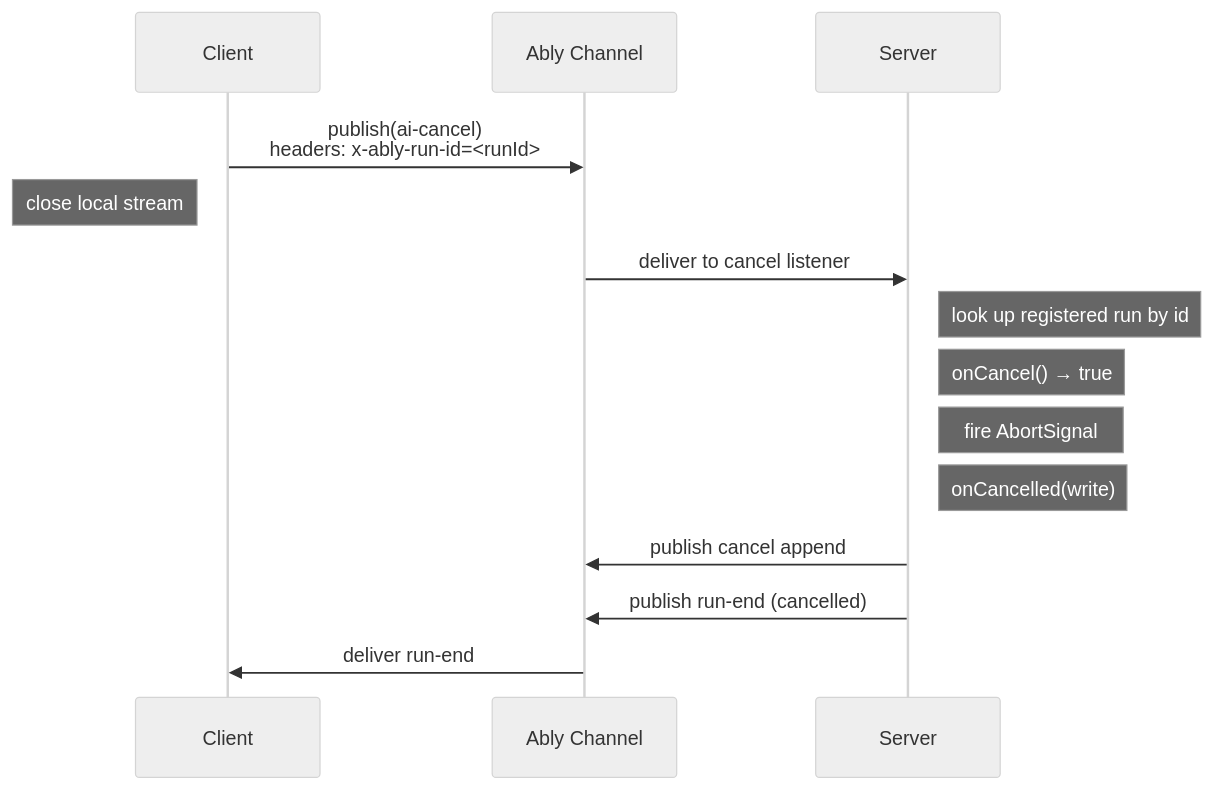
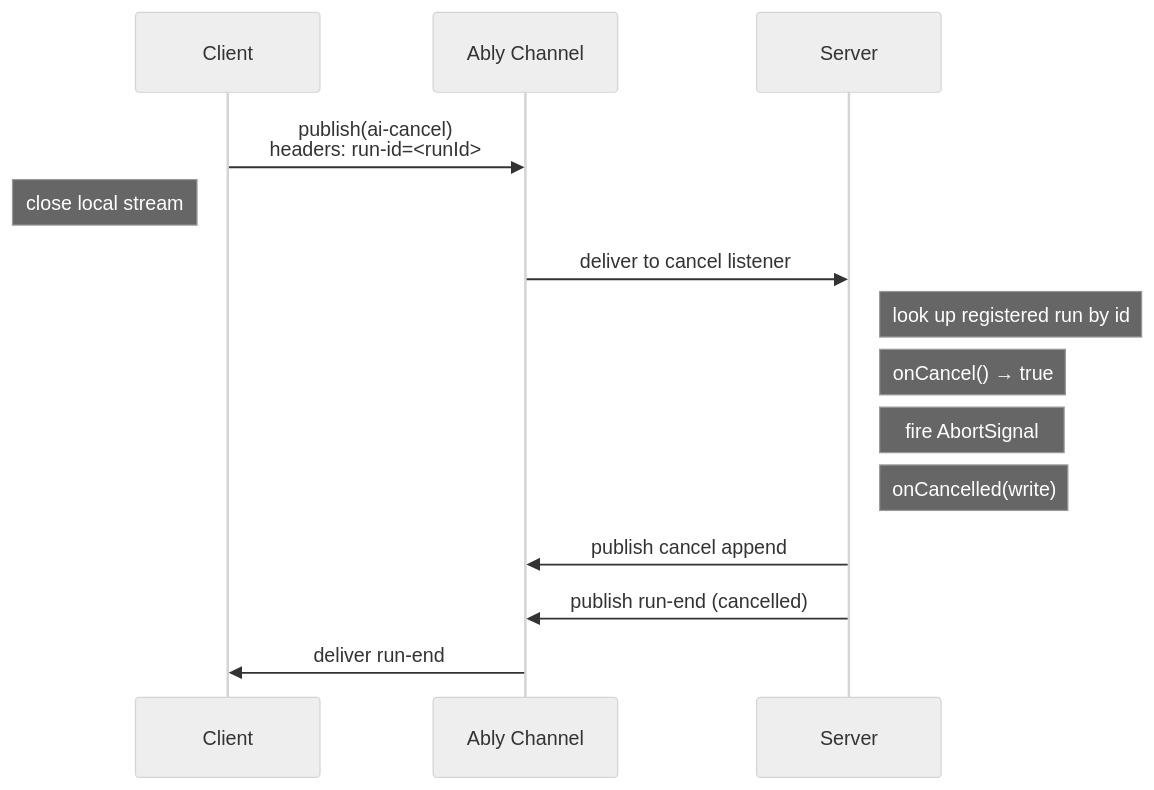
One commit to ably/ably-ai-transport-js changed the diagram in docs/features/cancel.md. Above: the diagram before and after it, drawn with Mermaid (neutral theme). The commit also changed other lines of this file and 23 other files, not shown here.

````diff
--- a/docs/features/cancel.md
+++ b/docs/features/cancel.md
@@ -81,17 +81,17 @@
 ```mermaid
 sequenceDiagram
     participant C as Client
     participant Ch as Ably Channel
     participant S as Server
 
-    C->>Ch: publish(ai-cancel)<br/>headers: x-ably-run-id=<runId>
+    C->>Ch: publish(ai-cancel)<br/>headers: run-id=<runId>
     Note left of C: close local stream
     Ch->>S: deliver to cancel listener
     Note right of S: look up registered run by id
     Note right of S: onCancel() → true
     Note right of S: fire AbortSignal
     Note right of S: onCancelled(write)
     S->>Ch: publish cancel append
     S->>Ch: publish run-end (cancelled)
     Ch->>C: deliver run-end
 ```
````
